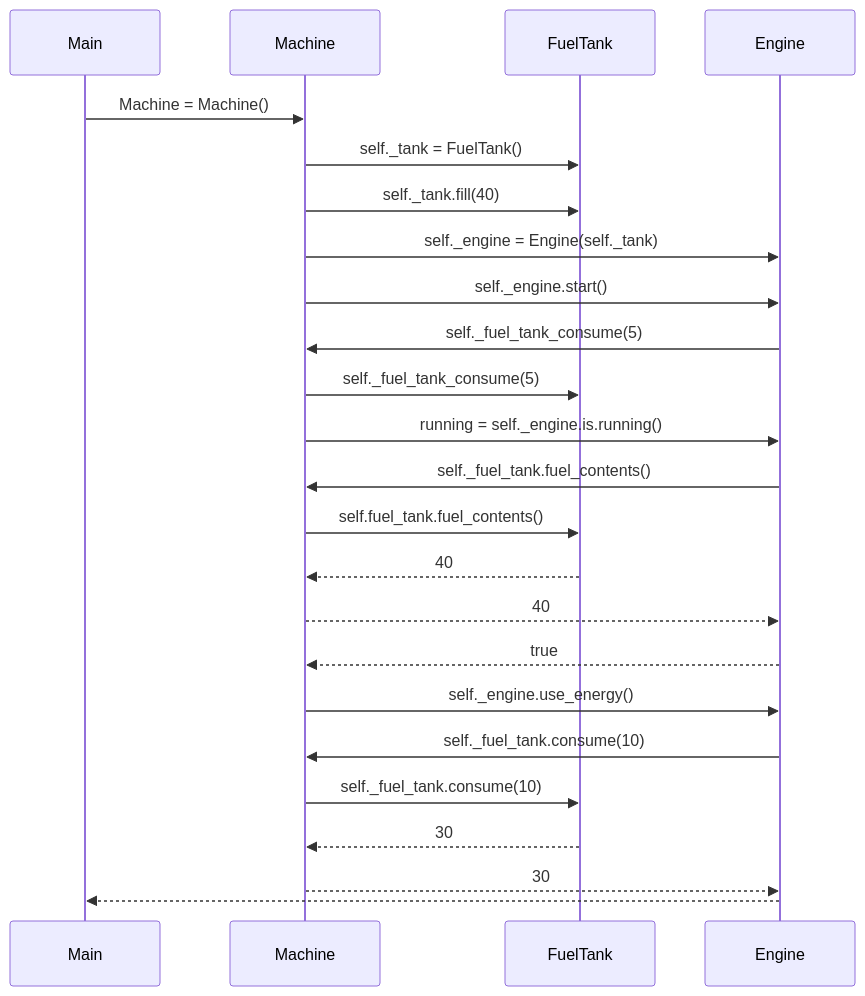
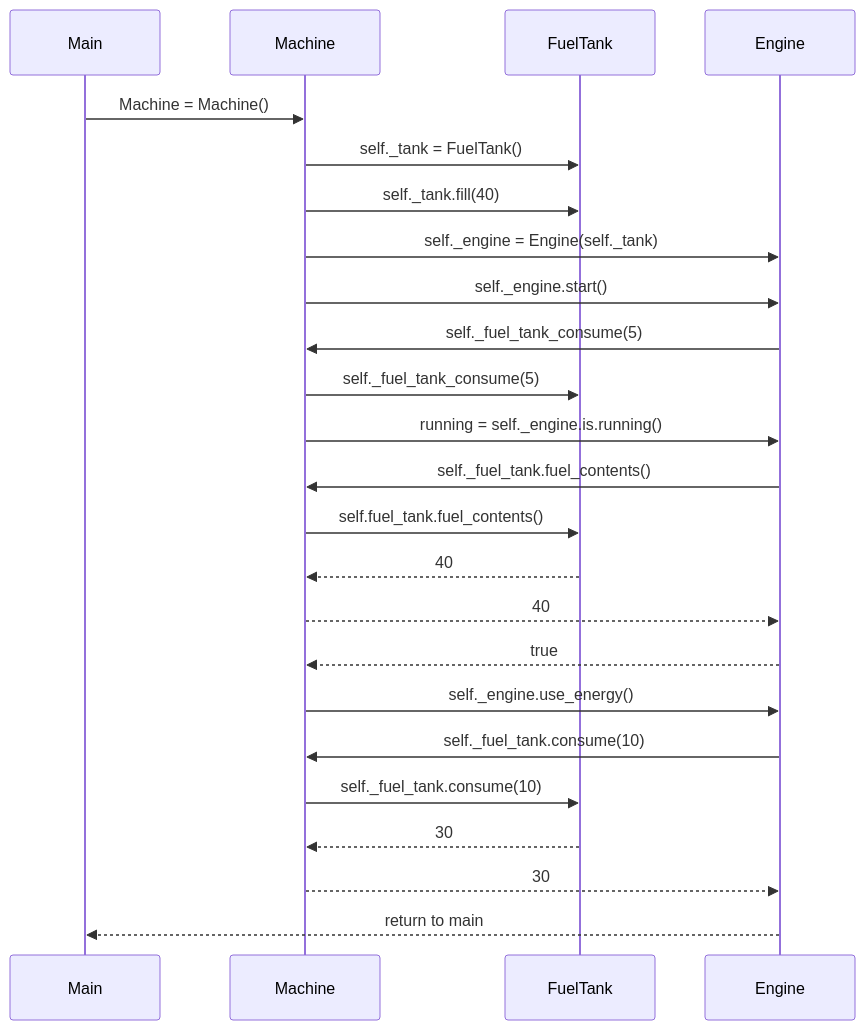
Before and after one commit to erz64/ot-harjoitustyo: the diagram in laskarit/viikko3/sekvenssikaavio.md, drawn with Mermaid.

Commit message:
korjaus sekvenssikaavio.md

````diff
--- a/laskarit/viikko3/sekvenssikaavio.md
+++ b/laskarit/viikko3/sekvenssikaavio.md
@@ -1,26 +1,26 @@
 ```mermaid
 sequenceDiagram
     participant Main
     participant Machine
     participant FuelTank
     participant Engine
     Main ->> Machine: Machine = Machine()
     Machine ->> FuelTank: self._tank = FuelTank()
     Machine ->> FuelTank: self._tank.fill(40)
     Machine ->> Engine: self._engine = Engine(self._tank)
     Machine ->> Engine: self._engine.start()
     Engine ->> Machine: self._fuel_tank_consume(5)
     Machine ->> FuelTank: self._fuel_tank_consume(5)
     Machine ->> Engine: running = self._engine.is.running()
     Engine ->> Machine: self._fuel_tank.fuel_contents()
     Machine ->> FuelTank: self.fuel_tank.fuel_contents()
     FuelTank -->> Machine: 40
     Machine -->> Engine: 40
     Engine -->> Machine: true
     Machine ->> Engine: self._engine.use_energy()
     Engine ->> Machine: self._fuel_tank.consume(10)
     Machine ->> FuelTank: self._fuel_tank.consume(10)
     FuelTank -->> Machine: 30
     Machine -->> Engine: 30
-    Engine -->> Main:
+    Engine -->> Main: return to main
 ```
````
